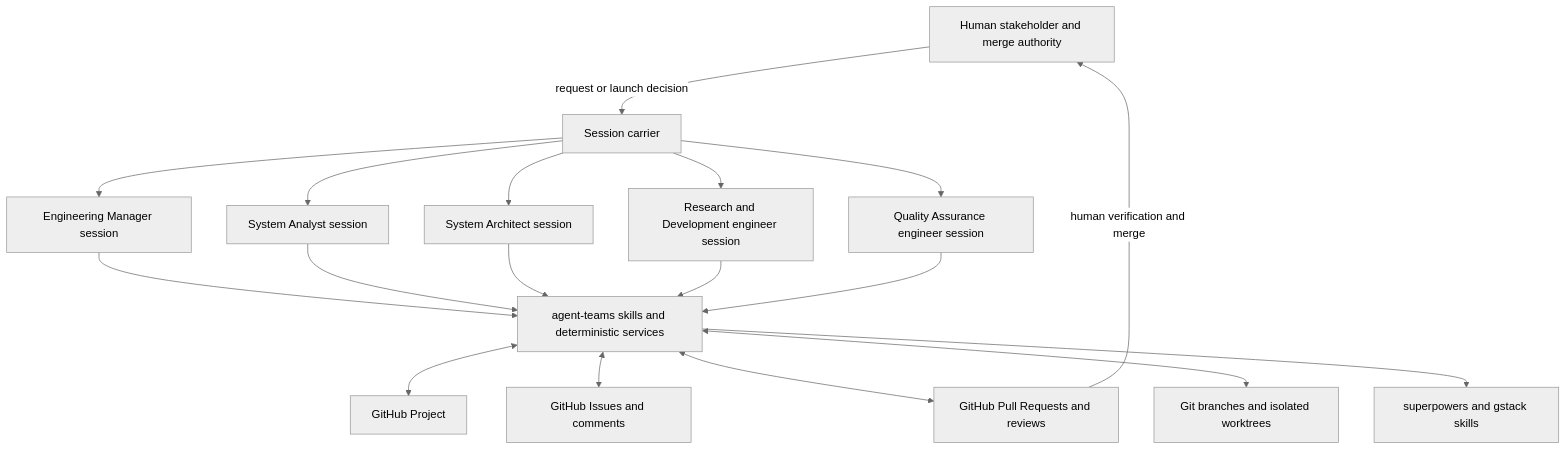
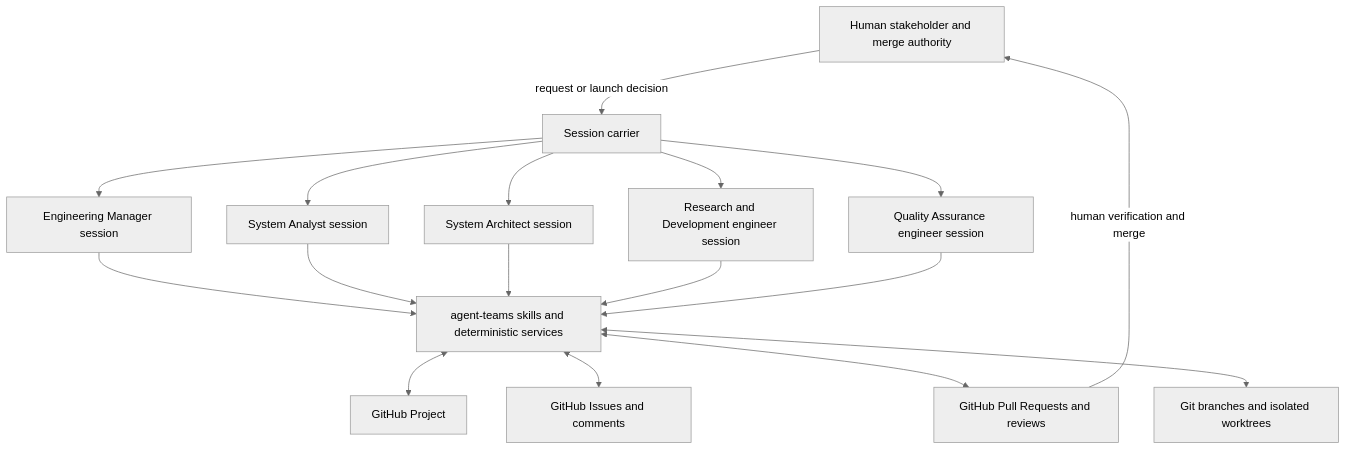
Before and after one commit to joanne-09/agent-teams: the first of 5 diagrams in docs/ARCHITECTURE.md, drawn with Mermaid (neutral theme). The commit also changed other lines of this file and 13 other files, not shown here.

````diff
--- a/docs/ARCHITECTURE.md
+++ b/docs/ARCHITECTURE.md
@@ -326,37 +351,35 @@
 ```mermaid
 flowchart TB
     Stakeholder[Human stakeholder and merge authority]
     Carrier[Session carrier]
     Manager[Engineering Manager session]
     Analyst[System Analyst session]
     Architect[System Architect session]
     Development[Research and Development engineer session]
     Quality[Quality Assurance engineer session]
     AgentTeams[agent-teams skills and deterministic services]
     Project[GitHub Project]
     Issues[GitHub Issues and comments]
     PullRequests[GitHub Pull Requests and reviews]
     Git[Git branches and isolated worktrees]
-    Siblings[superpowers and gstack skills]
 
     Stakeholder -->|request or launch decision| Carrier
     Carrier --> Manager
     Carrier --> Analyst
     Carrier --> Architect
     Carrier --> Development
     Carrier --> Quality
 
     Manager --> AgentTeams
     Analyst --> AgentTeams
     Architect --> AgentTeams
     Development --> AgentTeams
     Quality --> AgentTeams
 
     AgentTeams <--> Project
     AgentTeams <--> Issues
     AgentTeams <--> PullRequests
     AgentTeams <--> Git
-    AgentTeams --> Siblings
 
     PullRequests -->|human verification and merge| Stakeholder
 ```
````
